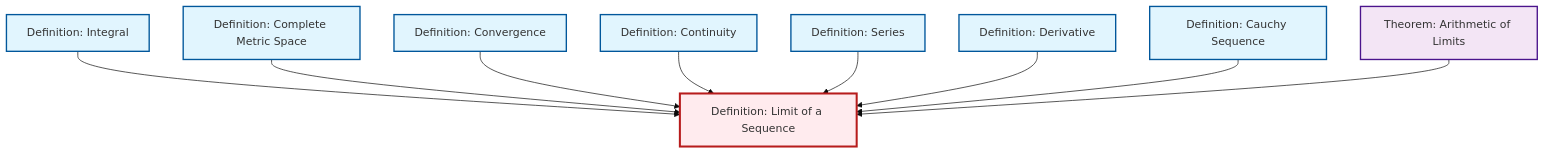
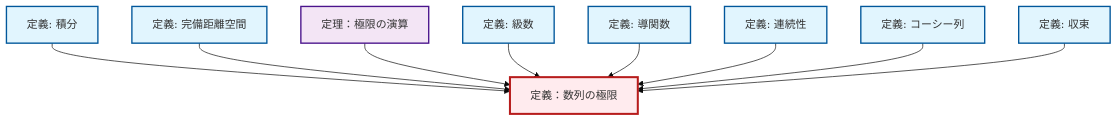
The diagram in content/ja/analysis/def-limit.qmd (RK0429/ModernMath), drawn with Mermaid (base theme) before and after one commit. The commit also changed 1069 other files, not shown here.

````diff
--- a/content/ja/analysis/def-limit.qmd
+++ b/content/ja/analysis/def-limit.qmd
@@ -49,35 +49,35 @@
 ```{mermaid}
 %%| fig-cap: "Local dependency graph"
 graph TD
     classDef definition fill:#e1f5fe,stroke:#01579b,stroke-width:2px
     classDef theorem fill:#f3e5f5,stroke:#4a148c,stroke-width:2px
     classDef axiom fill:#fff3e0,stroke:#e65100,stroke-width:2px
     classDef example fill:#e8f5e9,stroke:#1b5e20,stroke-width:2px
     classDef current fill:#ffebee,stroke:#b71c1c,stroke-width:3px
-    def-convergence["Definition: Convergence"]:::definition
-    def-continuity["Definition: Continuity"]:::definition
-    def-series["Definition: Series"]:::definition
-    def-derivative["Definition: Derivative"]:::definition
-    def-complete-metric-space["Definition: Complete Metric Space"]:::definition
-    def-cauchy-sequence["Definition: Cauchy Sequence"]:::definition
-    thm-limit-arithmetic["Theorem: Arithmetic of Limits"]:::theorem
-    def-limit["Definition: Limit of a Sequence"]:::definition
-    def-integral["Definition: Integral"]:::definition
+    def-integral["定義: 積分"]:::definition
+    def-limit["定義：数列の極限"]:::definition
+    def-series["定義: 級数"]:::definition
+    def-cauchy-sequence["定義: コーシー列"]:::definition
+    def-convergence["定義: 収束"]:::definition
+    def-complete-metric-space["定義: 完備距離空間"]:::definition
+    thm-limit-arithmetic["定理：極限の演算"]:::theorem
+    def-continuity["定義: 連続性"]:::definition
+    def-derivative["定義: 導関数"]:::definition
     def-integral --> def-limit
     def-complete-metric-space --> def-limit
-    def-convergence --> def-limit
-    def-continuity --> def-limit
+    thm-limit-arithmetic --> def-limit
     def-series --> def-limit
     def-derivative --> def-limit
+    def-continuity --> def-limit
     def-cauchy-sequence --> def-limit
-    thm-limit-arithmetic --> def-limit
+    def-convergence --> def-limit
     class def-limit current
-    click def-convergence "def-convergence.html" "Definition: Convergenceへ"
-    click def-continuity "def-continuity.html" "Definition: Continuityへ"
-    click def-series "def-series.html" "Definition: Seriesへ"
-    click def-derivative "def-derivative.html" "Definition: Derivativeへ"
-    click def-complete-metric-space "def-complete-metric-space.html" "Definition: Complete Metric Spaceへ"
-    click def-cauchy-sequence "def-cauchy-sequence.html" "Definition: Cauchy Sequenceへ"
-    click thm-limit-arithmetic "thm-limit-arithmetic.html" "Theorem: Arithmetic of Limitsへ"
-    click def-integral "def-integral.html" "Definition: Integralへ"
+    click def-integral "def-integral.html" "積分の定義へ"
+    click def-series "def-series.html" "級数の定義へ"
+    click def-cauchy-sequence "def-cauchy-sequence.html" "コーシー列の定義へ"
+    click def-convergence "def-convergence.html" "収束の定義へ"
+    click def-complete-metric-space "def-complete-metric-space.html" "完備距離空間の定義へ"
+    click thm-limit-arithmetic "thm-limit-arithmetic.html" "定理：極限の演算へ"
+    click def-continuity "def-continuity.html" "連続性の定義へ"
+    click def-derivative "def-derivative.html" "導関数の定義へ"
 ```
````
